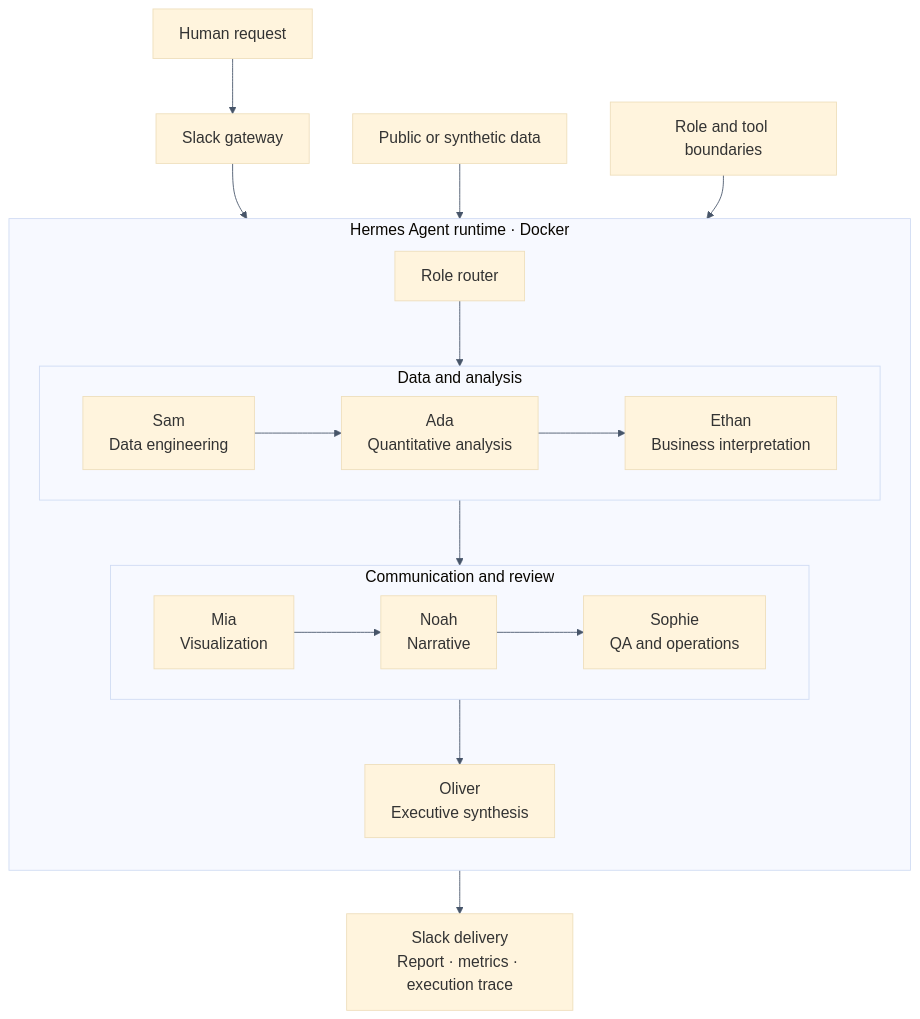
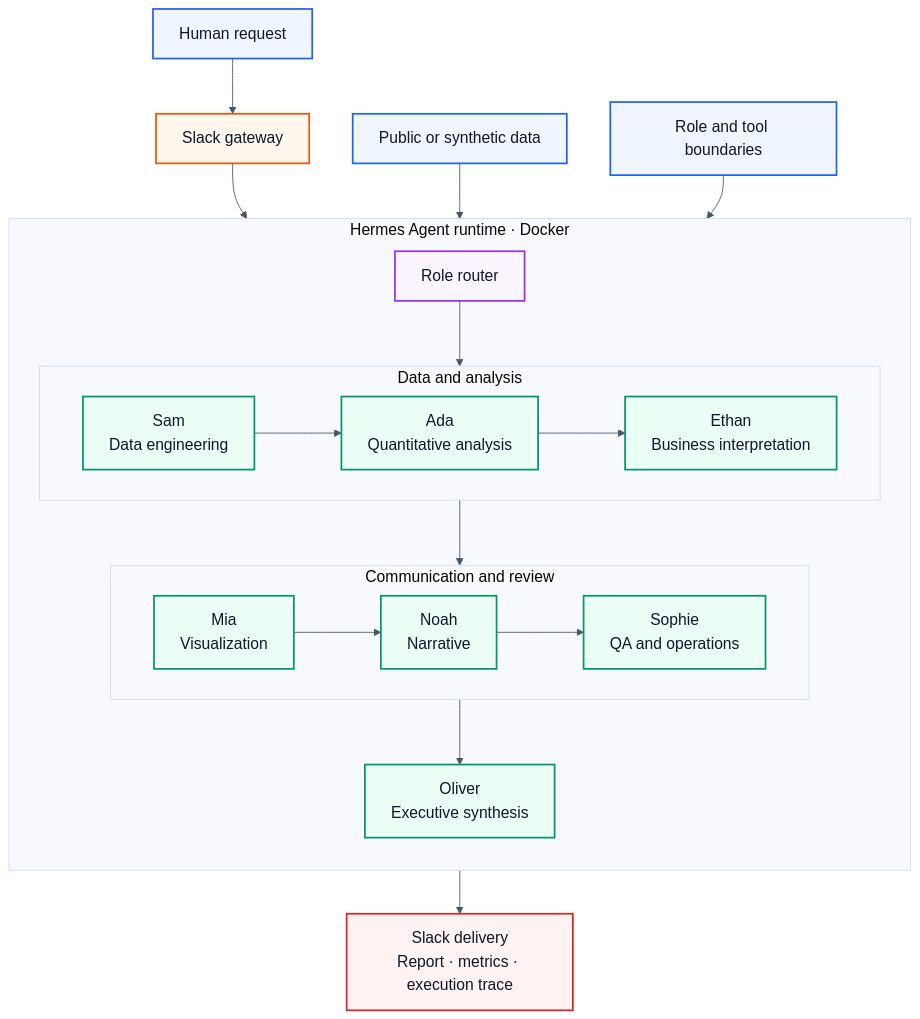
Before and after one commit to Lee2379/agentic-analytics-office: the diagram in README.ja.md, drawn with Mermaid. The commit also changed other lines of this file and 7 other files, not shown here.

````diff
--- a/README.ja.md
+++ b/README.ja.md
@@ -202,30 +206,42 @@
 ```mermaid
 %%{init: {"theme": "base", "themeVariables": {"fontSize": "18px", "fontFamily": "Arial, sans-serif", "lineColor": "#475569"}}}%%
 flowchart TB
     U["Human request"] --> S["Slack gateway"]
     DATA["Public or synthetic data"]
     POLICY["Role and tool boundaries"]
 
     subgraph D["Hermes Agent runtime · Docker"]
       direction TB
       R["Role router"]
       subgraph ANALYSIS["Data and analysis"]
         direction LR
         SAM["Sam<br/>Data engineering"] --> ADA["Ada<br/>Quantitative analysis"] --> ETHAN["Ethan<br/>Business interpretation"]
       end
       subgraph DELIVERY["Communication and review"]
         direction LR
         MIA["Mia<br/>Visualization"] --> NOAH["Noah<br/>Narrative"] --> SOPHIE["Sophie<br/>QA and operations"]
       end
       OLIVER["Oliver<br/>Executive synthesis"]
       R --> SAM
       ETHAN --> MIA
       SOPHIE --> OLIVER
     end
 
     O["Slack delivery<br/>Report · metrics · execution trace"]
     S --> R
     DATA --> SAM
     POLICY --> R
     OLIVER --> O
+
+    classDef input fill:#EFF6FF,stroke:#2563EB,color:#0F172A,stroke-width:2px;
+    classDef gateway fill:#FFF7ED,stroke:#EA580C,color:#0F172A,stroke-width:2px;
+    classDef router fill:#FAF5FF,stroke:#9333EA,color:#0F172A,stroke-width:2px;
+    classDef agent fill:#ECFDF5,stroke:#059669,color:#0F172A,stroke-width:2px;
+    classDef output fill:#FEF2F2,stroke:#DC2626,color:#0F172A,stroke-width:2px;
+
+    class U,DATA,POLICY input;
+    class S gateway;
+    class R router;
+    class SAM,ADA,ETHAN,MIA,NOAH,SOPHIE,OLIVER agent;
+    class O output;
 ```
````
